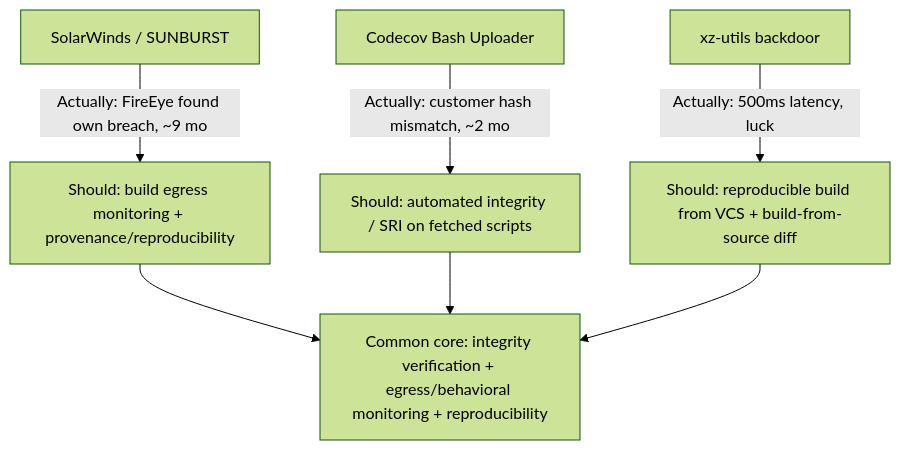
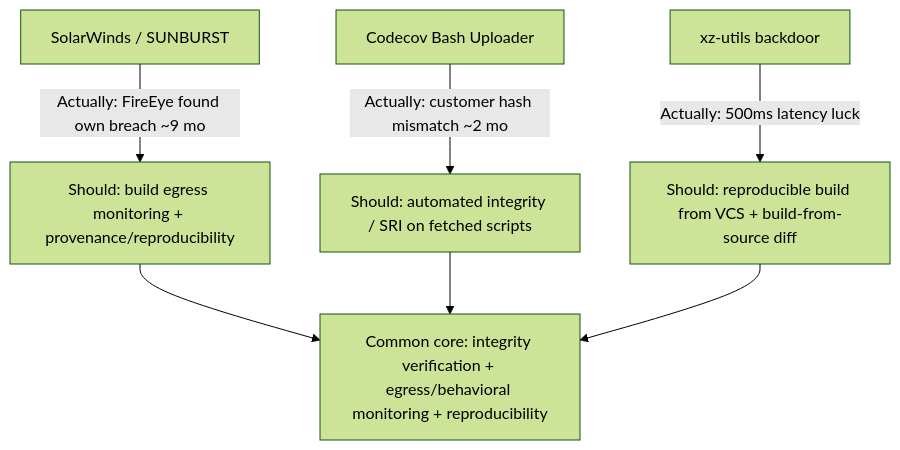
One commit to bumbsclaw/textbooks changed the fourth of 7 diagrams in book-08-governance-ir/ch05-detecting-compromise.md. Above: the diagram before and after it, drawn with Mermaid (forest theme). The commit also changed other lines of this file and 173 other files, not shown here.

First line of the commit message:
fix(mermaid): close note brackets, semicolons in Notes, stateDiagram br -> dash, edge parens

````diff
--- a/book-08-governance-ir/ch05-detecting-compromise.md
+++ b/book-08-governance-ir/ch05-detecting-compromise.md
@@ -404,9 +404,9 @@
 ```mermaid
 flowchart TD
-  SW["SolarWinds / SUNBURST"] -->|"Actually: FireEye found own breach, ~9 mo"| SWa["Should: build egress monitoring + provenance/reproducibility"]
-  CC["Codecov Bash Uploader"] -->|"Actually: customer hash mismatch, ~2 mo"| CCa["Should: automated integrity / SRI on fetched scripts"]
-  XZ["xz-utils backdoor"] -->|"Actually: 500ms latency, luck"| XZa["Should: reproducible build from VCS + build-from-source diff"]
+  SW["SolarWinds / SUNBURST"] -->|"Actually: FireEye found own breach ~9 mo"| SWa["Should: build egress monitoring + provenance/reproducibility"]
+  CC["Codecov Bash Uploader"] -->|"Actually: customer hash mismatch ~2 mo"| CCa["Should: automated integrity / SRI on fetched scripts"]
+  XZ["xz-utils backdoor"] -->|"Actually: 500ms latency luck"| XZa["Should: reproducible build from VCS + build-from-source diff"]
   SWa --> LESSON["Common core: integrity verification + egress/behavioral monitoring + reproducibility"]
   CCa --> LESSON
   XZa --> LESSON
 ```
````
